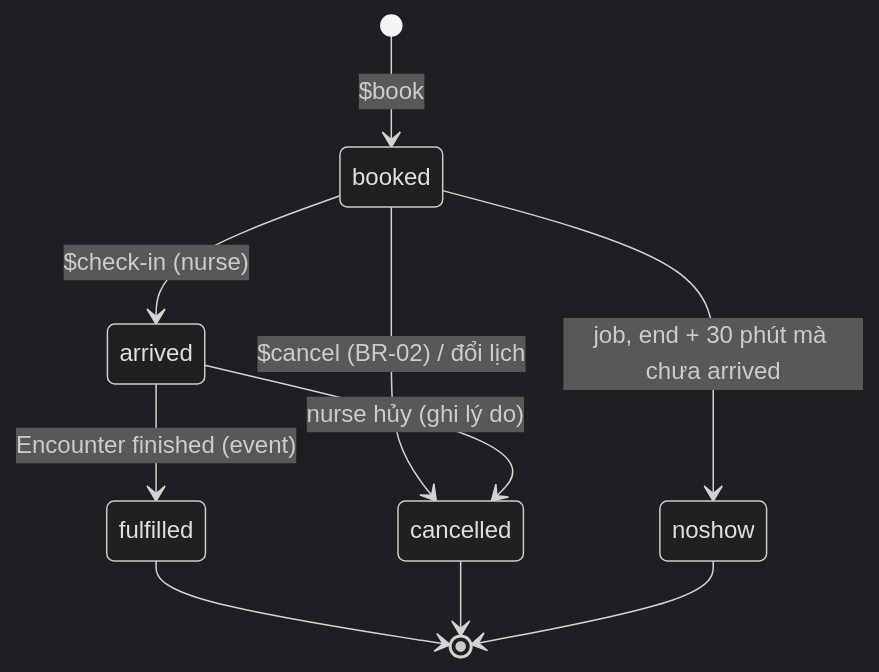
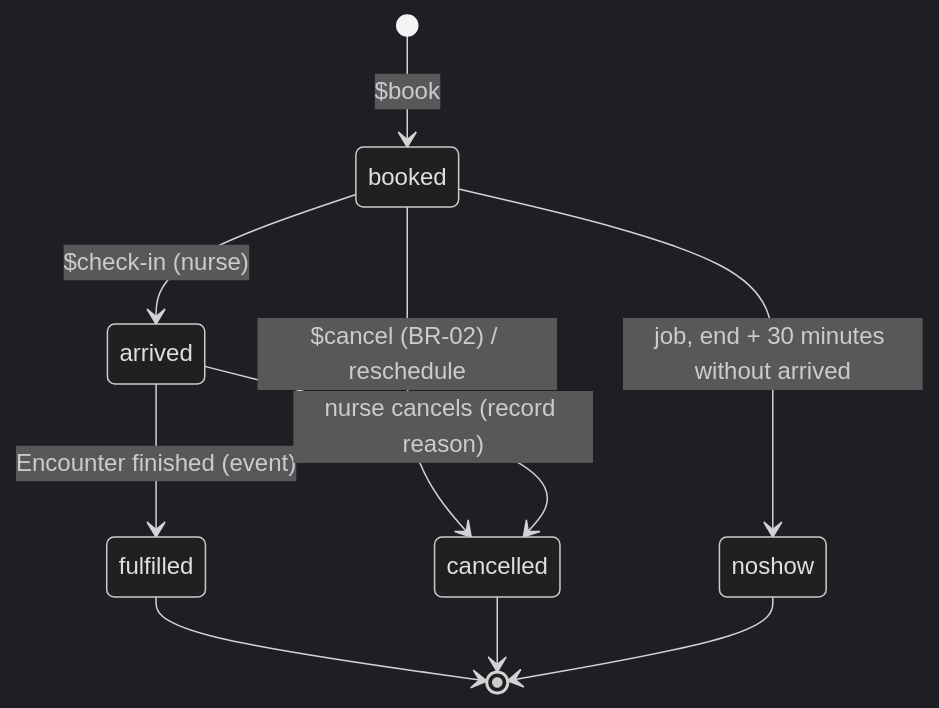
Before and after one commit to viethung12062005/smart-hospital-platform: the second of 2 diagrams in docs/03-architecture/detailed-design/01-domain-model.md, drawn with Mermaid (dark theme). The commit also changed other lines of this file and 346 other files, not shown here.

````diff
--- a/docs/03-architecture/detailed-design/01-domain-model.md
+++ b/docs/03-architecture/detailed-design/01-domain-model.md
@@ -227,12 +227,12 @@
 ```mermaid
 stateDiagram-v2
     [*] --> booked: $book
-    booked --> cancelled: $cancel (BR-02) / đổi lịch
+    booked --> cancelled: $cancel (BR-02) / reschedule
     booked --> arrived: $check-in (nurse)
-    booked --> noshow: job, end + 30 phút mà chưa arrived
+    booked --> noshow: job, end + 30 minutes without arrived
     arrived --> fulfilled: Encounter finished (event)
-    arrived --> cancelled: nurse hủy (ghi lý do)
+    arrived --> cancelled: nurse cancels (record reason)
     fulfilled --> [*]
     cancelled --> [*]
     noshow --> [*]
 ```
````
